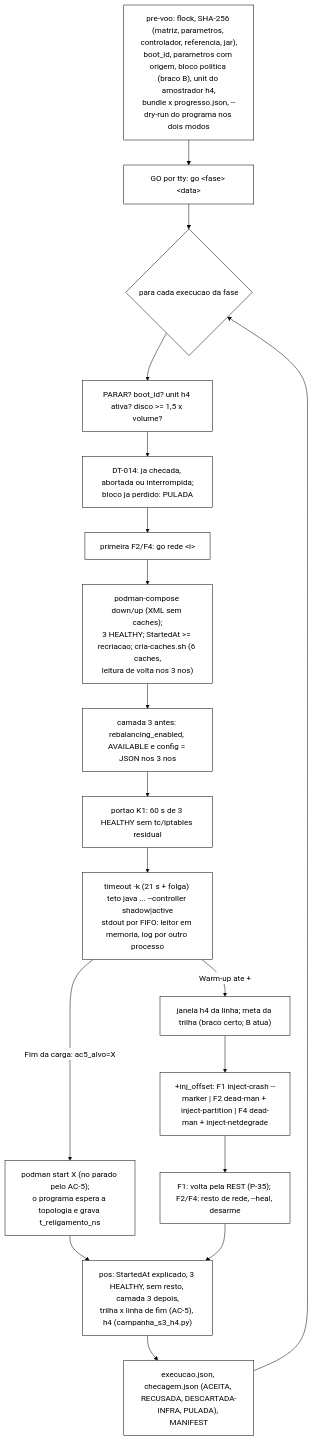
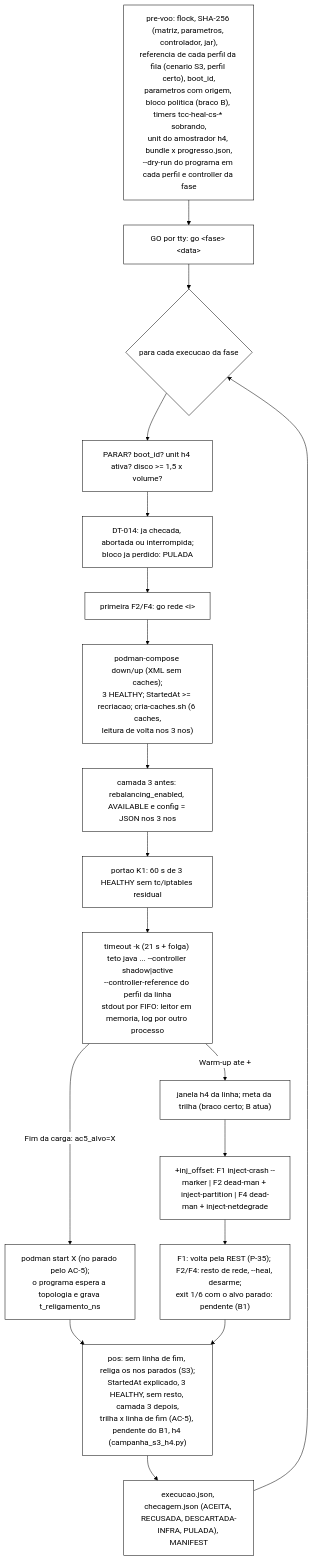
One commit to franpgn/tcc-verificacao-formal-invariantes-sessao changed the first of 7 diagrams in docs/implementacao.md. Above: the diagram before and after it, drawn with Mermaid. The commit also changed other lines of this file and 4 other files, not shown here.

````diff
--- a/docs/implementacao.md
+++ b/docs/implementacao.md
@@ -112,21 +112,21 @@
 ```mermaid
 %%{init: {'theme':'base','themeVariables':{'background':'#ffffff','primaryColor':'#ffffff','primaryTextColor':'#000000','primaryBorderColor':'#000000','lineColor':'#000000','secondaryColor':'#ffffff','tertiaryColor':'#ffffff','clusterBkg':'#ffffff','clusterBorder':'#000000','edgeLabelBackground':'#ffffff','fontFamily':'Arial'}}}%%
 flowchart TD
-    PV["pre-voo: flock, SHA-256 (matriz, parametros, controlador, referencia, jar),<br/>boot_id, parametros com origem, bloco politica (braco B), unit do amostrador h4,<br/>bundle x progresso.json, --dry-run do programa nos dois modos"] --> GO["GO por tty: go &lt;fase&gt; &lt;data&gt;"]
+    PV["pre-voo: flock, SHA-256 (matriz, parametros, controlador, jar),<br/>referencia de cada perfil da fila (cenario S3, perfil certo), boot_id,<br/>parametros com origem, bloco politica (braco B), timers tcc-heal-cs-* sobrando,<br/>unit do amostrador h4, bundle x progresso.json,<br/>--dry-run do programa em cada perfil e controller da fase"] --> GO["GO por tty: go &lt;fase&gt; &lt;data&gt;"]
     GO --> LAC{"para cada execucao da fase"}
     LAC --> CHK["PARAR? boot_id? unit h4 ativa? disco &gt;= 1,5 x volume?"]
     CHK --> DT["DT-014: ja checada, abortada ou interrompida;<br/>bloco ja perdido: PULADA"]
     DT --> GR["primeira F2/F4: go rede &lt;i&gt;"]
     GR --> REC["podman-compose down/up (XML sem caches);<br/>3 HEALTHY; StartedAt &gt;= recriacao; cria-caches.sh (6 caches,<br/>leitura de volta nos 3 nos)"]
     REC --> C3A["camada 3 antes: rebalancing_enabled, AVAILABLE e config = JSON nos 3 nos"]
     C3A --> K1["portao K1: 60 s de 3 HEALTHY sem tc/iptables residual"]
-    K1 --> CAR["timeout -k (21 s + folga) teto java ... --controller shadow|active<br/>stdout por FIFO: leitor em memoria, log por outro processo"]
+    K1 --> CAR["timeout -k (21 s + folga) teto java ... --controller shadow|active<br/>--controller-reference do perfil da linha<br/>stdout por FIFO: leitor em memoria, log por outro processo"]
     CAR -- "Warm-up ate +" --> META["janela h4 da linha; meta da trilha (braco certo; B atua)"]
     META --> INJ["+inj_offset: F1 inject-crash --marker | F2 dead-man + inject-partition | F4 dead-man + inject-netdegrade"]
-    INJ --> VOL["F1: volta pela REST (P-35); F2/F4: resto de rede, --heal, desarme"]
+    INJ --> VOL["F1: volta pela REST (P-35); F2/F4: resto de rede, --heal, desarme;<br/>exit 1/6 com o alvo parado: pendente (B1)"]
     CAR -- "Fim da carga: ac5_alvo=X" --> REL["podman start X (no parado pelo AC-5);<br/>o programa espera a topologia e grava t_religamento_ns"]
-    REL --> POS["pos: StartedAt explicado, 3 HEALTHY, sem resto, camada 3 depois,<br/>trilha x linha de fim (AC-5), h4 (campanha_s3_h4.py)"]
+    REL --> POS["pos: sem linha de fim, religa os nos parados (S3);<br/>StartedAt explicado, 3 HEALTHY, sem resto, camada 3 depois,<br/>trilha x linha de fim (AC-5), pendente do B1, h4 (campanha_s3_h4.py)"]
     VOL --> POS
     POS --> CHG["execucao.json, checagem.json (ACEITA, RECUSADA, DESCARTADA-INFRA, PULADA), MANIFEST"]
     CHG --> LAC
 ```
````
